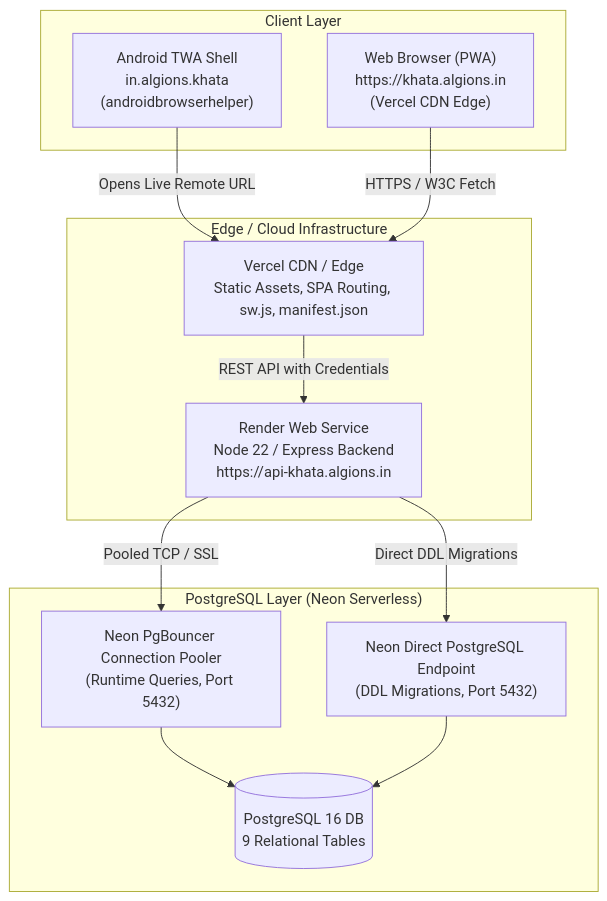
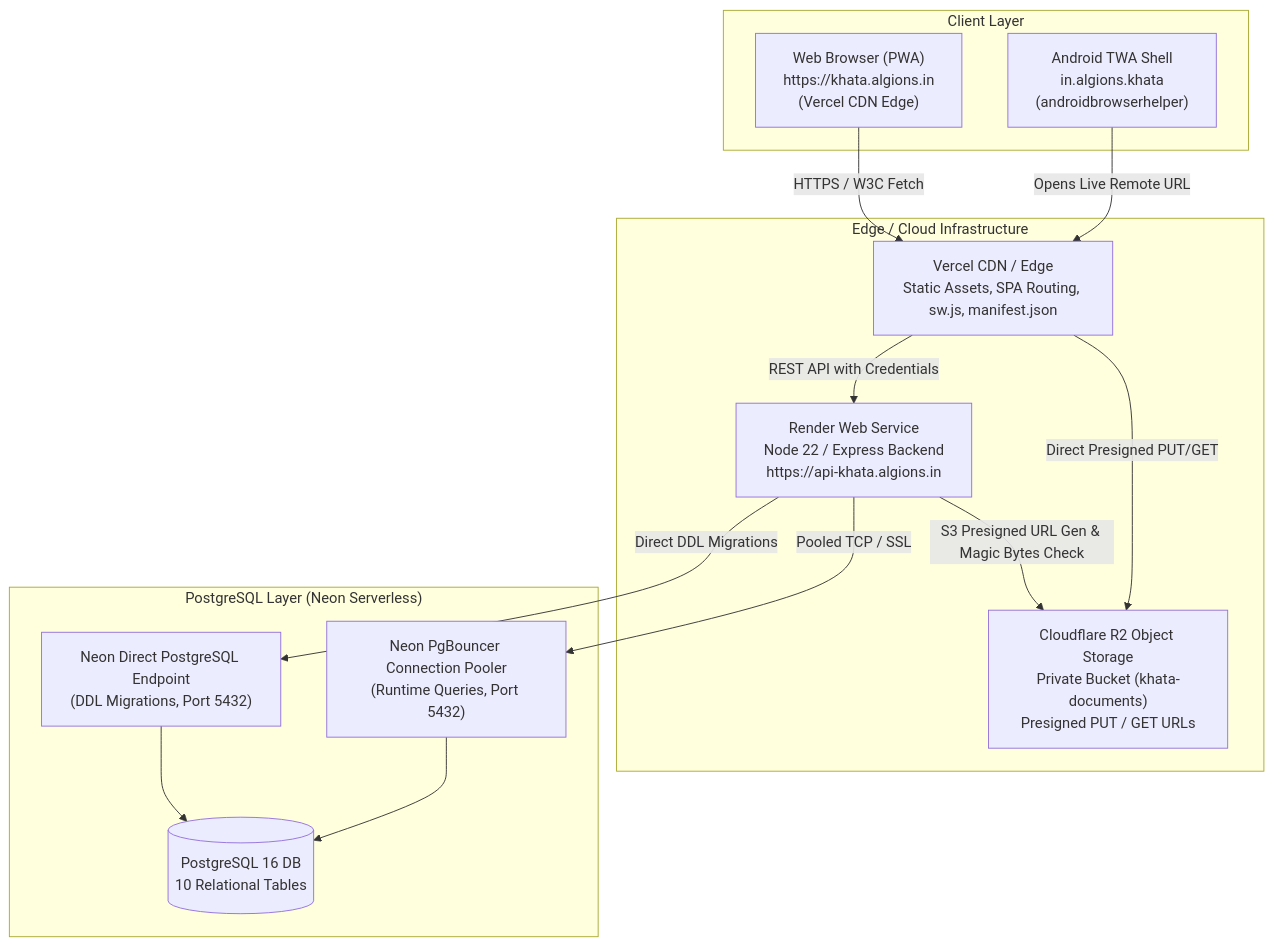
The first of 3 diagrams in docs/ARCHITECTURE.md (abraj12/khata-copy), drawn with Mermaid before and after one commit. The commit also changed other lines of this file and 24 other files, not shown here.

````diff
--- a/docs/ARCHITECTURE.md
+++ b/docs/ARCHITECTURE.md
@@ -15,27 +15,30 @@
 ```mermaid
 flowchart TD
     subgraph Clients["Client Layer"]
         PWA["Web Browser (PWA)\nhttps://khata.algions.in\n(Vercel CDN Edge)"]
         TWA["Android TWA Shell\nin.algions.khata\n(androidbrowserhelper)"]
     end
 
     subgraph Hosting["Edge / Cloud Infrastructure"]
         Vercel["Vercel CDN / Edge\nStatic Assets, SPA Routing, sw.js, manifest.json"]
         Render["Render Web Service\nNode 22 / Express Backend\nhttps://api-khata.algions.in"]
+        R2["Cloudflare R2 Object Storage\nPrivate Bucket (khata-documents)\nPresigned PUT / GET URLs"]
     end
 
     subgraph Database["PostgreSQL Layer (Neon Serverless)"]
         Pooler["Neon PgBouncer Connection Pooler\n(Runtime Queries, Port 5432)"]
         Direct["Neon Direct PostgreSQL Endpoint\n(DDL Migrations, Port 5432)"]
-        DB[(PostgreSQL 16 DB\n9 Relational Tables)]
+        DB[(PostgreSQL 16 DB\n10 Relational Tables)]
     end
 
     TWA -->|Opens Live Remote URL| Vercel
     PWA -->|HTTPS / W3C Fetch| Vercel
     Vercel -->|REST API with Credentials| Render
+    Vercel -->|Direct Presigned PUT/GET| R2
 
+    Render -->|S3 Presigned URL Gen & Magic Bytes Check| R2
     Render -->|Pooled TCP / SSL| Pooler
     Render -->|Direct DDL Migrations| Direct
     Pooler --> DB
     Direct --> DB
 ```
````
